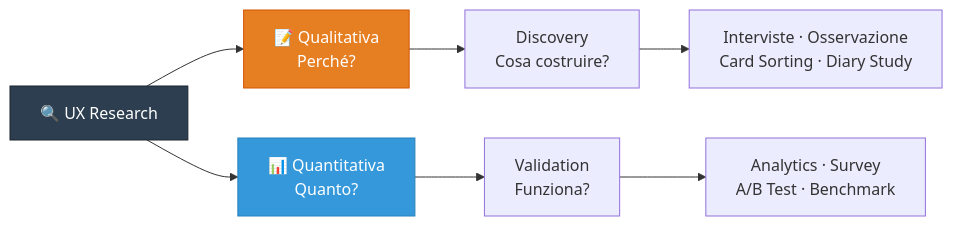
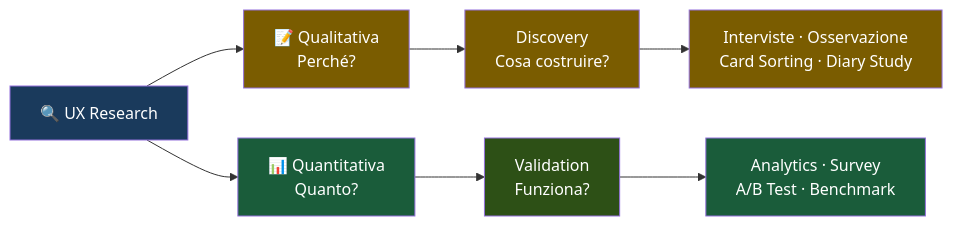
Before and after one commit to AndreyBertasini/gynnitech: the first of 4 diagrams in src/content/corso/analisi-prodotto/ux-research.mdx, drawn with Mermaid. The commit also changed other lines of this file and 21 other files, not shown here.

First line of the commit message:
style: applica color scheme semantico a tutti i diagrammi Mermaid del corso

````diff
--- a/src/content/corso/analisi-prodotto/ux-research.mdx
+++ b/src/content/corso/analisi-prodotto/ux-research.mdx
@@ -28,12 +28,16 @@
 ```mermaid
 graph LR
     UXR["🔍 UX Research"] --> QUAL["📝 Qualitativa\nPerché?"]
     UXR --> QUANT["📊 Quantitativa\nQuanto?"]
     QUAL --> DISC["Discovery\nCosa costruire?"]
     QUANT --> VALID["Validation\nFunziona?"]
     DISC --> METHODS_Q["Interviste · Osservazione\nCard Sorting · Diary Study"]
     VALID --> METHODS_N["Analytics · Survey\nA/B Test · Benchmark"]
-    style UXR fill:#2c3e50,stroke:#1a252f,color:#fff
-    style QUAL fill:#e67e22,stroke:#d35400,color:#fff
-    style QUANT fill:#3498db,stroke:#2980b9,color:#fff
+    style UXR fill:#1a3a5c,color:#ffffff
+    style QUAL fill:#7a5c00,color:#ffffff
+    style QUANT fill:#1a5c3a,color:#ffffff
+    style DISC fill:#7a5c00,color:#ffffff
+    style VALID fill:#2d5016,color:#ffffff
+    style METHODS_Q fill:#7a5c00,color:#ffffff
+    style METHODS_N fill:#1a5c3a,color:#ffffff
 ```
````
